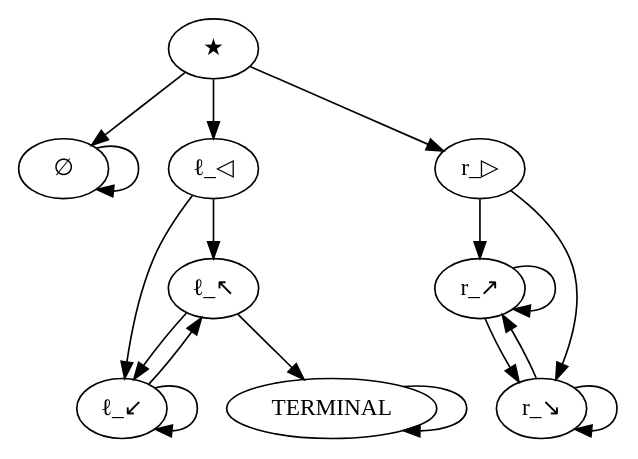
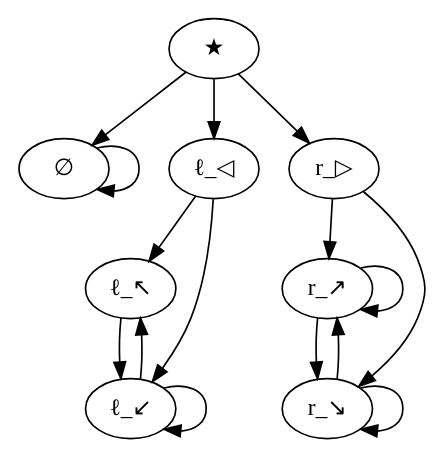
Before and after one commit to gladstoneai/POWERplay: the diagram in mdps/mdp_from_paper.gv, drawn with Graphviz. The commit also changed 20 other files, not shown here.

```diff
--- a/mdps/mdp_from_paper.gv
+++ b/mdps/mdp_from_paper.gv
@@ -1,28 +1,25 @@
 digraph "POWER paper MDP" {
 "★";
 "∅";
 "ℓ_◁";
 "r_▷";
 "ℓ_↖";
 "ℓ_↙";
 "r_↗";
 "r_↘";
-TERMINAL;
 "★" -> "∅";
 "★" -> "ℓ_◁";
 "★" -> "r_▷";
 "∅" -> "∅";
 "ℓ_◁" -> "ℓ_↖";
 "ℓ_◁" -> "ℓ_↙";
 "r_▷" -> "r_↗";
 "r_▷" -> "r_↘";
 "ℓ_↖" -> "ℓ_↙";
-"ℓ_↖" -> TERMINAL;
 "ℓ_↙" -> "ℓ_↖";
 "ℓ_↙" -> "ℓ_↙";
 "r_↗" -> "r_↗";
 "r_↗" -> "r_↘";
 "r_↘" -> "r_↘";
 "r_↘" -> "r_↗";
-TERMINAL -> TERMINAL;
 }
```
